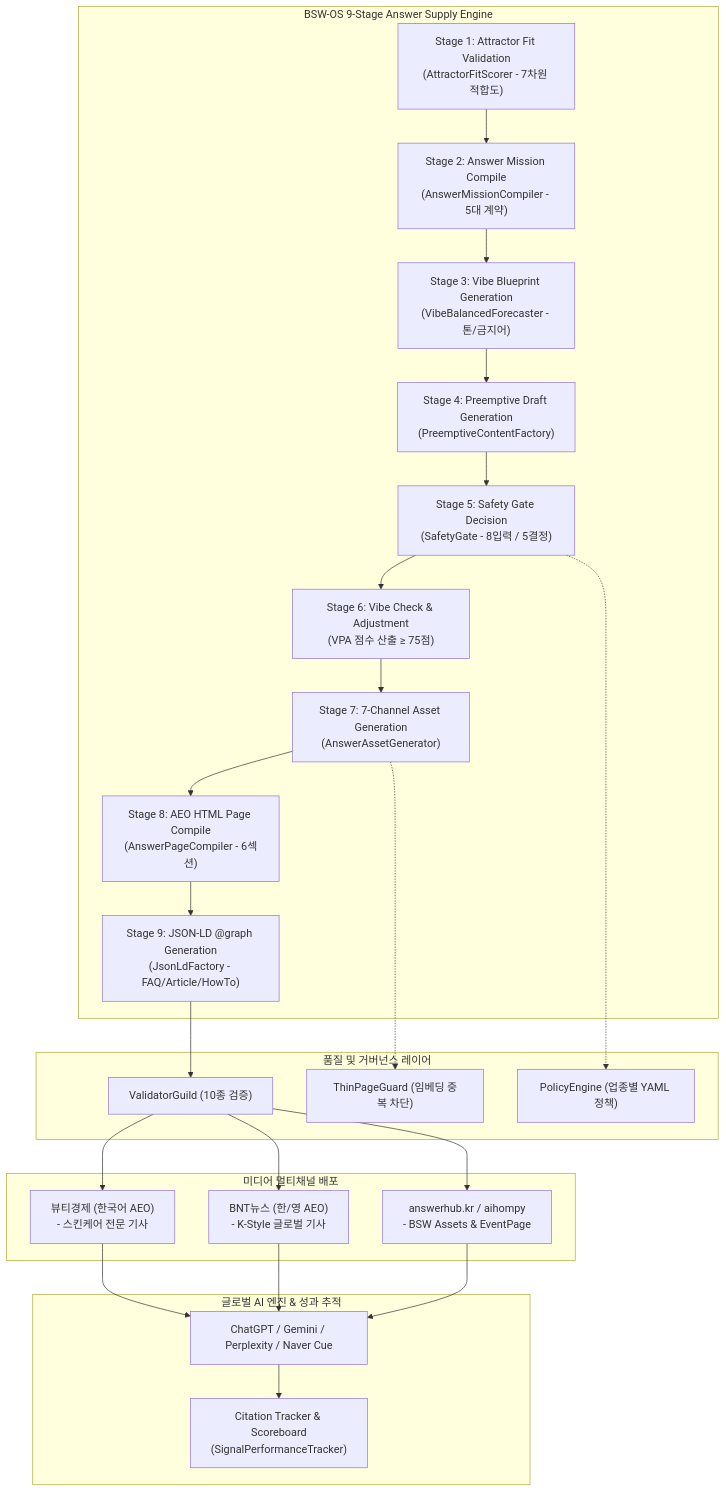
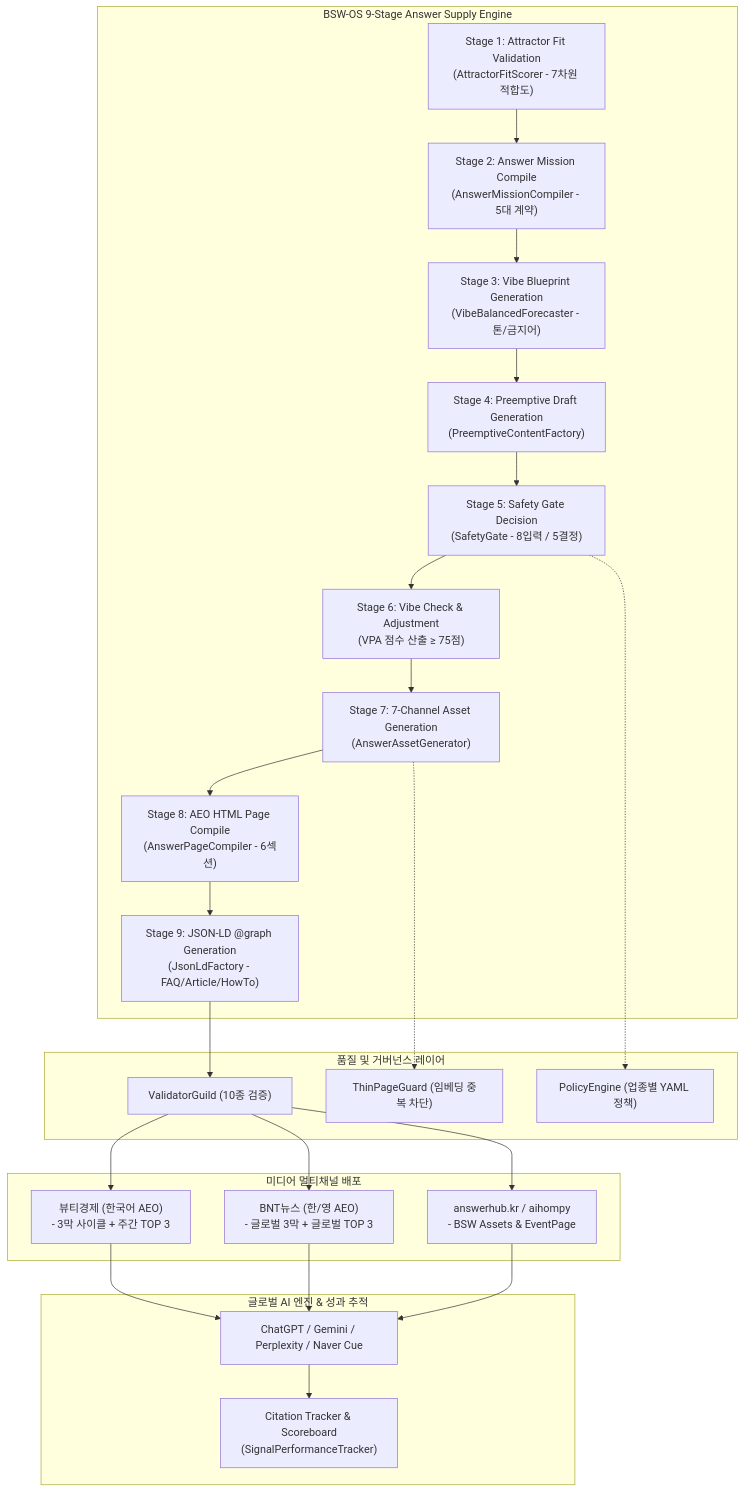
One commit to kboom8002/bsw-os changed the diagram in docs/BSW_AI_MEDIA_SERVICE_PROJECT_PLAN.md. Above: the diagram before and after it, drawn with Mermaid. The commit also changed other lines of this file, not shown here.

Commit message:
docs: Expand AI Media Service Plan v3 with dual series (3-Act + Weekly TOP 3 QVS) for both media partners

````diff
--- a/docs/BSW_AI_MEDIA_SERVICE_PROJECT_PLAN.md
+++ b/docs/BSW_AI_MEDIA_SERVICE_PROJECT_PLAN.md
@@ -59,46 +64,46 @@
 ```mermaid
 flowchart TB
     subgraph "BSW-OS 9-Stage Answer Supply Engine"
         S1["Stage 1: Attractor Fit Validation\n(AttractorFitScorer - 7차원 적합도)"]
         S2["Stage 2: Answer Mission Compile\n(AnswerMissionCompiler - 5대 계약)"]
         S3["Stage 3: Vibe Blueprint Generation\n(VibeBalancedForecaster - 톤/금지어)"]
         S4["Stage 4: Preemptive Draft Generation\n(PreemptiveContentFactory)"]
         S5["Stage 5: Safety Gate Decision\n(SafetyGate - 8입력 / 5결정)"]
         S6["Stage 6: Vibe Check & Adjustment\n(VPA 점수 산출 ≥ 75점)"]
         S7["Stage 7: 7-Channel Asset Generation\n(AnswerAssetGenerator)"]
         S8["Stage 8: AEO HTML Page Compile\n(AnswerPageCompiler - 6섹션)"]
         S9["Stage 9: JSON-LD @graph Generation\n(JsonLdFactory - FAQ/Article/HowTo)"]
 
         S1 --> S2 --> S3 --> S4 --> S5 --> S6 --> S7 --> S8 --> S9
     end
 
     subgraph "품질 및 거버넌스 레이어"
         VG["ValidatorGuild (10종 검증)"]
         TPG["ThinPageGuard (임베딩 중복 차단)"]
         PE["PolicyEngine (업종별 YAML 정책)"]
     end
 
     S5 -.-> PE
     S7 -.-> TPG
     S9 --> VG
 
     subgraph "미디어 멀티채널 배포"
-        BE["뷰티경제 (한국어 AEO)\n- 스킨케어 전문 기사"]
-        BNT["BNT뉴스 (한/영 AEO)\n- K-Style 글로벌 기사"]
+        BE["뷰티경제 (한국어 AEO)\n- 3막 사이클 + 주간 TOP 3"]
+        BNT["BNT뉴스 (한/영 AEO)\n- 글로벌 3막 + 글로벌 TOP 3"]
         HUB["answerhub.kr / aihompy\n- BSW Assets & EventPage"]
     end
 
     VG --> BE
     VG --> BNT
     VG --> HUB
 
     subgraph "글로벌 AI 엔진 & 성과 추적"
         AI["ChatGPT / Gemini / Perplexity / Naver Cue"]
         TRK["Citation Tracker & Scoreboard\n(SignalPerformanceTracker)"]
     end
 
     BE --> AI
     BNT --> AI
     HUB --> AI
     AI --> TRK
 ```
````
